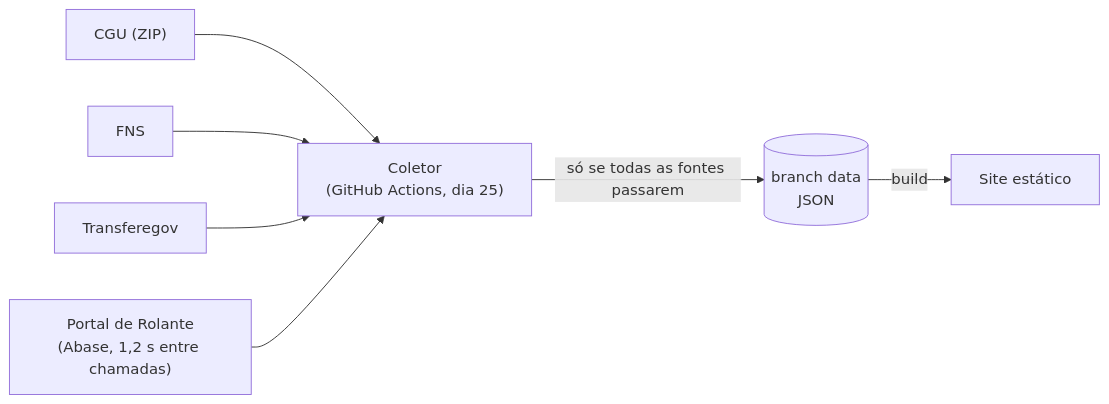
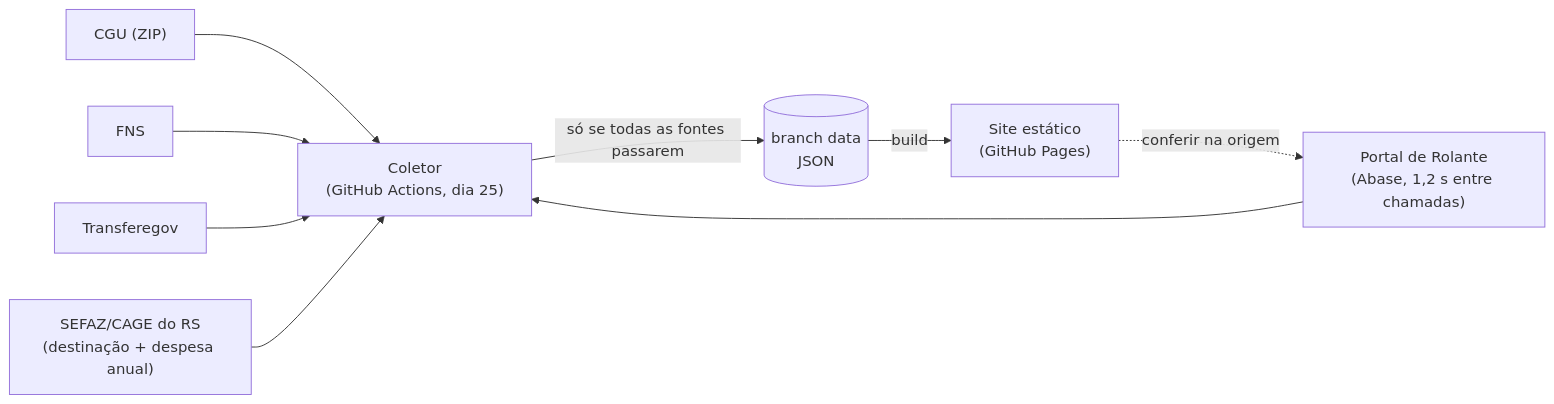
The diagram in README.md (filipesfbr/emendas-rolante), drawn with Mermaid before and after one commit. The commit also changed other lines of this file and 19 other files, not shown here.

First line of the commit message:
feat: recorte 2025–2026 e coletor estadual real (SEFAZ/CAGE do RS)

````diff
--- a/README.md
+++ b/README.md
@@ -31,9 +58,11 @@
 ```mermaid
 flowchart LR
     CGU["CGU (ZIP)"] --> C["Coletor<br/>(GitHub Actions, dia 25)"]
     FNS["FNS"] --> C
     TG["Transferegov"] --> C
+    RS["SEFAZ/CAGE do RS<br/>(destinação + despesa anual)"] --> C
     AB["Portal de Rolante<br/>(Abase, 1,2 s entre chamadas)"] --> C
     C -- "só se todas as fontes passarem" --> D[("branch data<br/>JSON")]
-    D -- "build" --> S["Site estático"]
+    D -- "build" --> S["Site estático<br/>(GitHub Pages)"]
+    S -. "conferir na origem" .-> AB
 ```
````
